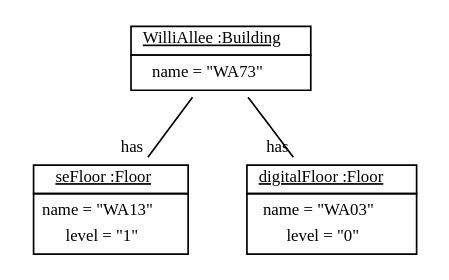
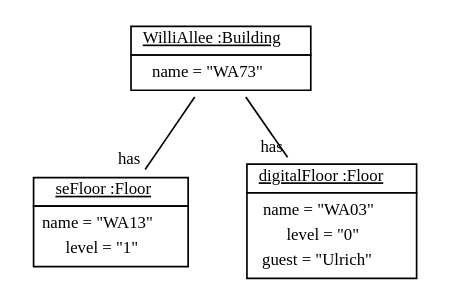
One commit to fujaba/SDMLib changed the diagram in doc/specificgenericobjectdiag.dot. Above: the diagram before and after it, drawn with Graphviz. The commit also changed 107 other files, not shown here.

```diff
--- a/doc/specificgenericobjectdiag.dot
+++ b/doc/specificgenericobjectdiag.dot
@@ -1,11 +1,11 @@
 graph ObjectDiagram {
    node [shape = none, fontsize = 10];
    edge [fontsize = 10];
 
-WilliAllee [label=<<table border='0' cellborder='1' cellspacing='0'> <tr> <td> <u>WilliAllee :Building</u></td></tr><tr><td><table border='0' cellborder='0' cellspacing='0'><tr><td>name = "WA73"</td></tr></table></td></tr></table>>];
-seFloor [label=<<table border='0' cellborder='1' cellspacing='0'> <tr> <td> <u>seFloor :Floor</u></td></tr><tr><td><table border='0' cellborder='0' cellspacing='0'><tr><td>name = "WA13"</td></tr><tr><td>level = "1"</td></tr></table></td></tr></table>>];
-digitalFloor [label=<<table border='0' cellborder='1' cellspacing='0'> <tr> <td> <u>digitalFloor :Floor</u></td></tr><tr><td><table border='0' cellborder='0' cellspacing='0'><tr><td>name = "WA03"</td></tr><tr><td>level = "0"</td></tr></table></td></tr></table>>];
+WilliAllee [label=<<table border='0' cellborder='1' cellspacing='0'> <tr> <td> <u>WilliAllee :Building</u></td></tr><tr><td border='1'><table border='0' cellborder='0' cellspacing='0'><tr><td>name = "WA73"</td></tr></table></td></tr></table>>];
+seFloor [label=<<table border='0' cellborder='1' cellspacing='0'> <tr> <td> <u>seFloor :Floor</u></td></tr><tr><td border='1'><table border='0' cellborder='0' cellspacing='0'><tr><td>name = "WA13"</td></tr><tr><td>level = "1"</td></tr></table></td></tr></table>>];
+digitalFloor [label=<<table border='0' cellborder='1' cellspacing='0'> <tr> <td> <u>digitalFloor :Floor</u></td></tr><tr><td border='1'><table border='0' cellborder='0' cellspacing='0'><tr><td>name = "WA03"</td></tr><tr><td>level = "0"</td></tr><tr><td>guest = "Ulrich"</td></tr></table></td></tr></table>>];
 
 WilliAllee -- seFloor [headlabel = "has" taillabel = " "];
 WilliAllee -- digitalFloor [headlabel = "has" taillabel = " "];
 }
```
